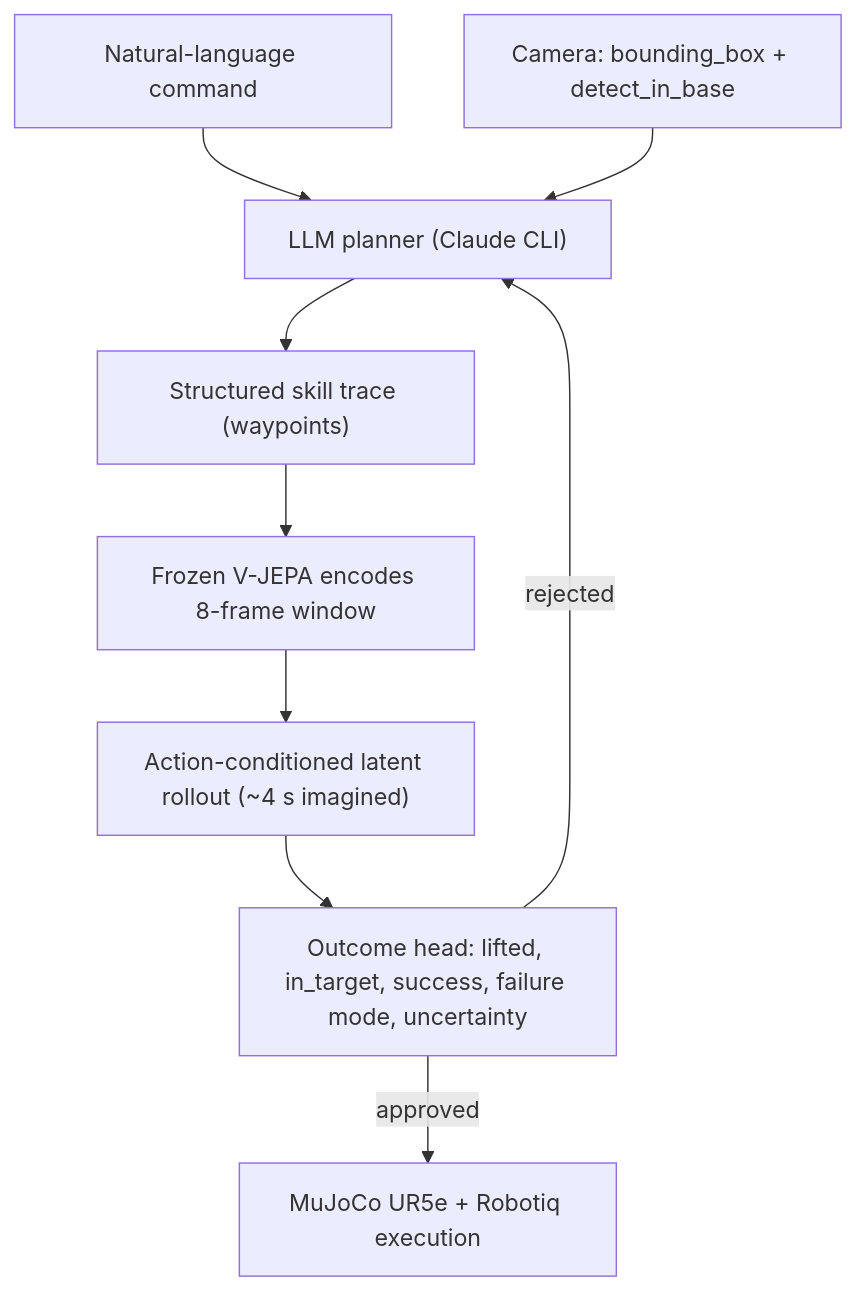
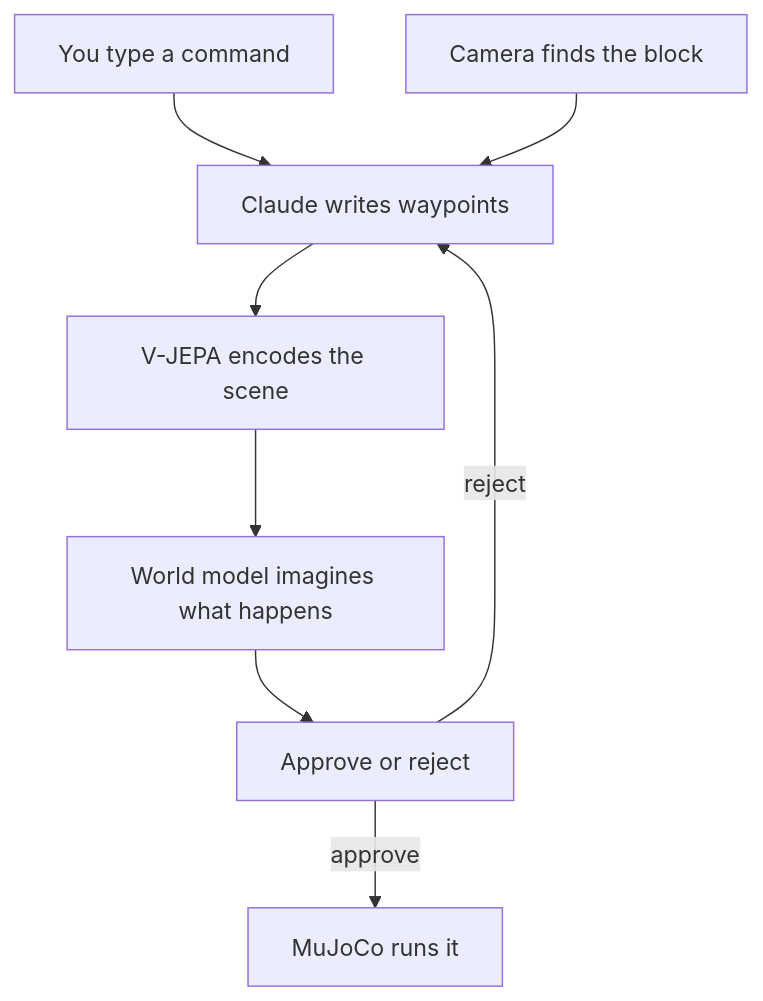
Before and after one commit to Trolleroof/PREVUE: the diagram in README.md, drawn with Mermaid. The commit also changed other lines of this file, not shown here.

````diff
--- a/README.md
+++ b/README.md
@@ -15,11 +15,10 @@
 ```mermaid
 flowchart TD
-    I["Natural-language command"] --> P["LLM planner (Claude CLI)"]
-    C["Camera: bounding_box + detect_in_base"] --> P
-    P --> T["Structured skill trace (waypoints)"]
-    T --> E["Frozen V-JEPA encodes 8-frame window"]
-    E --> R["Action-conditioned latent rollout (~4 s imagined)"]
-    R --> V["Outcome head: lifted, in_target, success, failure mode, uncertainty"]
-    V -->|rejected| P
-    V -->|approved| M["MuJoCo UR5e + Robotiq execution"]
+    I["You type a command"] --> P["Claude writes waypoints"]
+    C["Camera finds the block"] --> P
+    P --> E["V-JEPA encodes the scene"]
+    E --> R["World model imagines what happens"]
+    R --> V["Approve or reject"]
+    V -->|reject| P
+    V -->|approve| M["MuJoCo runs it"]
 ```
````
